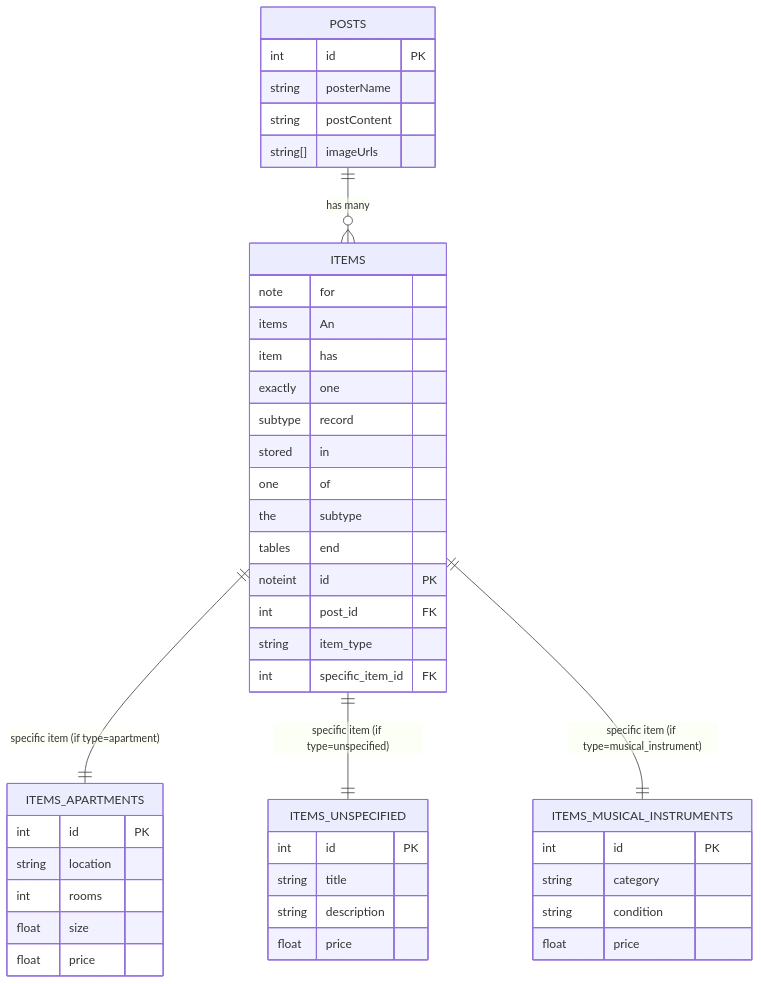
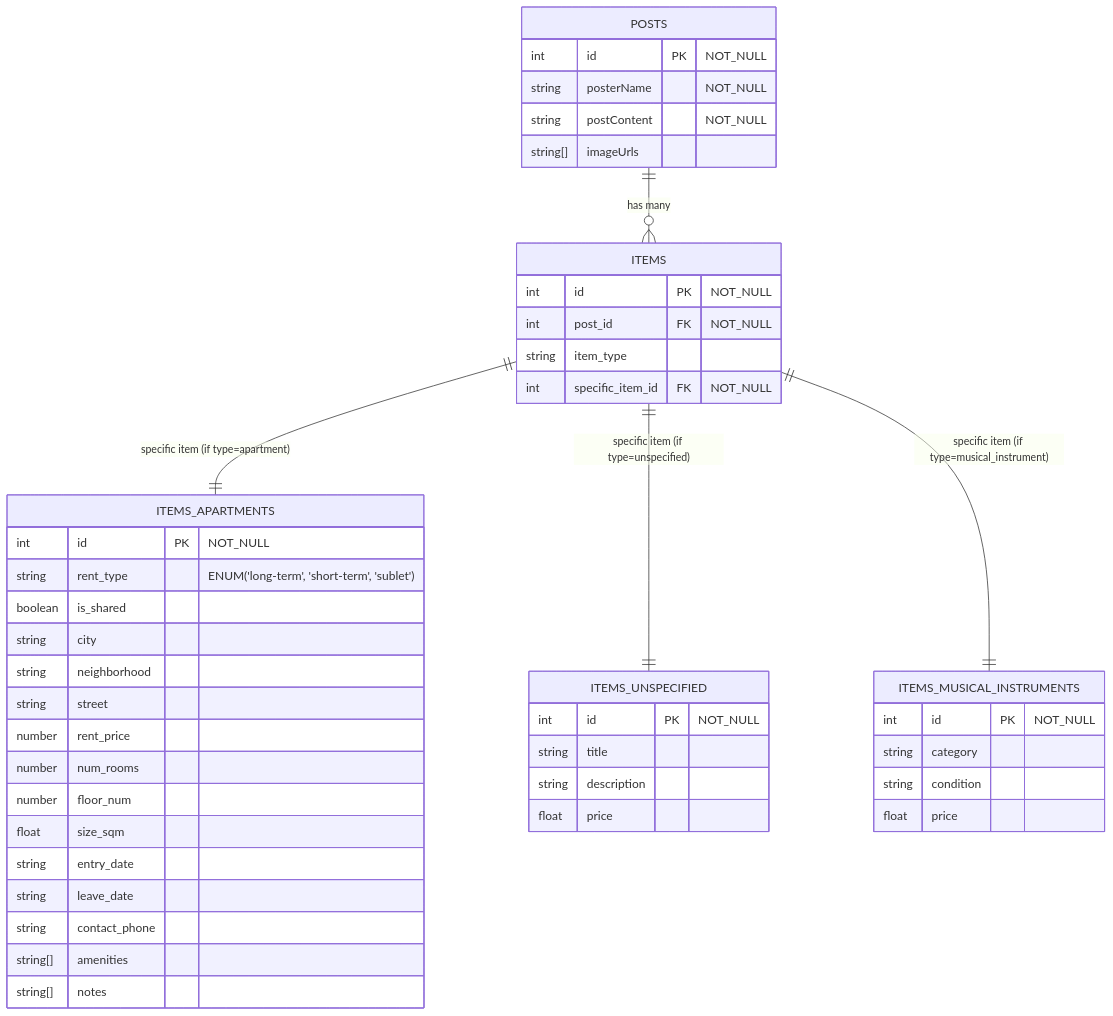
Before and after one commit to RamAvni/apartment-scraper: the diagram in README.md, drawn with Mermaid.

Commit message:
Fix README.md mermaid incorrect syntax, and more changes

````diff
--- a/README.md
+++ b/README.md
@@ -2,46 +2,53 @@
 ```mermaid
 erDiagram
     POSTS {
-        int id PK
-        string posterName
-        string postContent
+        int id PK "NOT_NULL"
+        string posterName "NOT_NULL"
+        string postContent "NOT_NULL"
         string[] imageUrls
     }
 
     ITEMS {
-           note for items
-      An item has exactly one subtype record
-      stored in one of the subtype tables
-    end noteint id PK
-        int post_id FK
+        int id PK "NOT_NULL"
+        int post_id FK "NOT_NULL"
         string item_type
-        int specific_item_id FK
+        int specific_item_id FK "NOT_NULL"
     }
 
     ITEMS_APARTMENTS {
-        int id PK
-        string location
-        int rooms
-        float size
-        float price
+        int id PK "NOT_NULL"
+        string rent_type "ENUM('long-term', 'short-term', 'sublet')"
+        boolean is_shared
+        string city
+        string neighborhood
+        string street
+        number rent_price
+        number num_rooms
+        number floor_num
+        float size_sqm
+        string entry_date
+        string leave_date
+        string contact_phone
+        string[] amenities
+        string[] notes
     }
 
     ITEMS_UNSPECIFIED {
-        int id PK
+        int id PK "NOT_NULL"
         string title
         string description
         float price
     }
 
     ITEMS_MUSICAL_INSTRUMENTS {
-        int id PK
+        int id PK "NOT_NULL"
         string category
         string condition
         float price
     }
 
     POSTS ||--o{ ITEMS : "has many"
     ITEMS ||--|| ITEMS_APARTMENTS : "specific item (if type=apartment)"
     ITEMS ||--|| ITEMS_UNSPECIFIED : "specific item (if type=unspecified)"
     ITEMS ||--|| ITEMS_MUSICAL_INSTRUMENTS : "specific item (if type=musical_instrument)"
 ```
````
